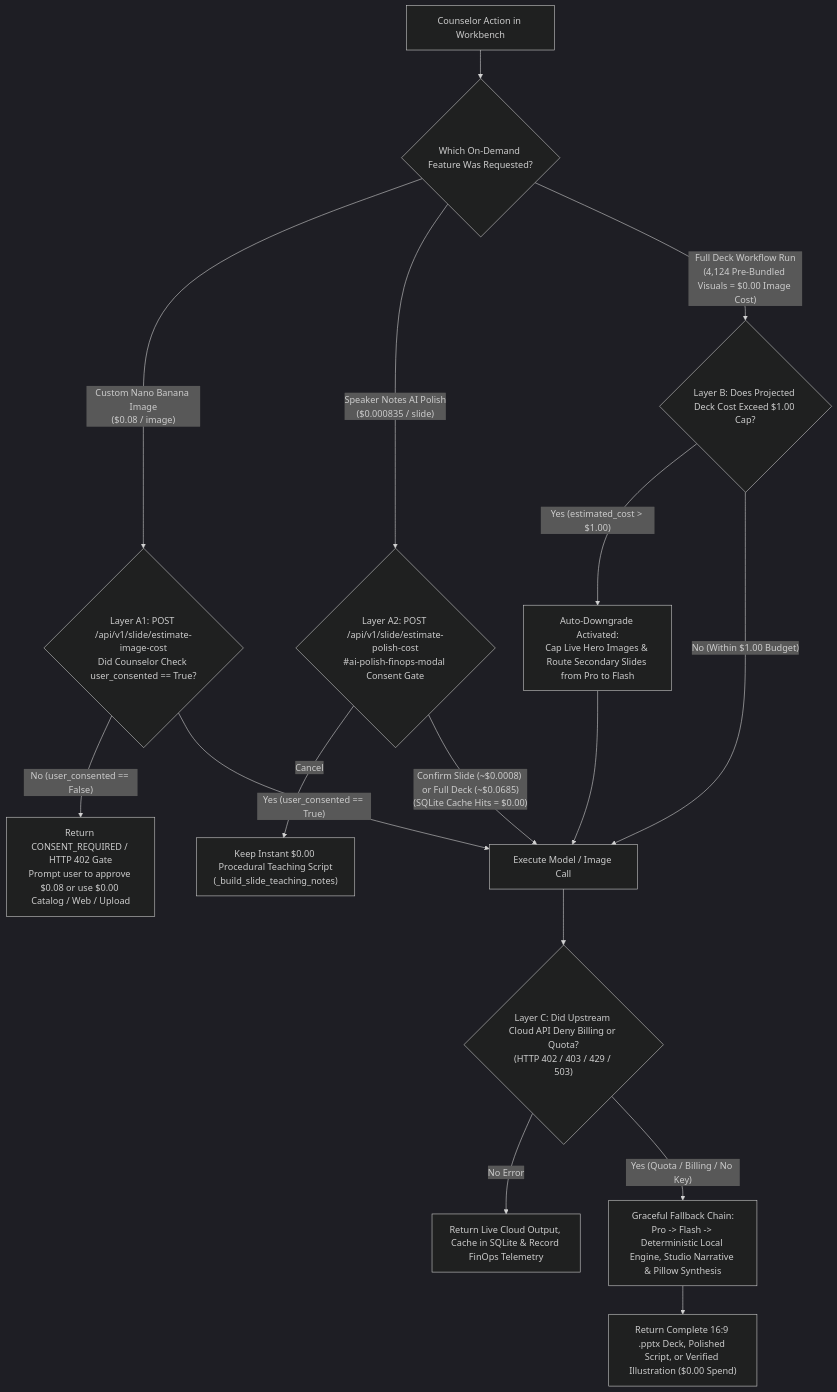
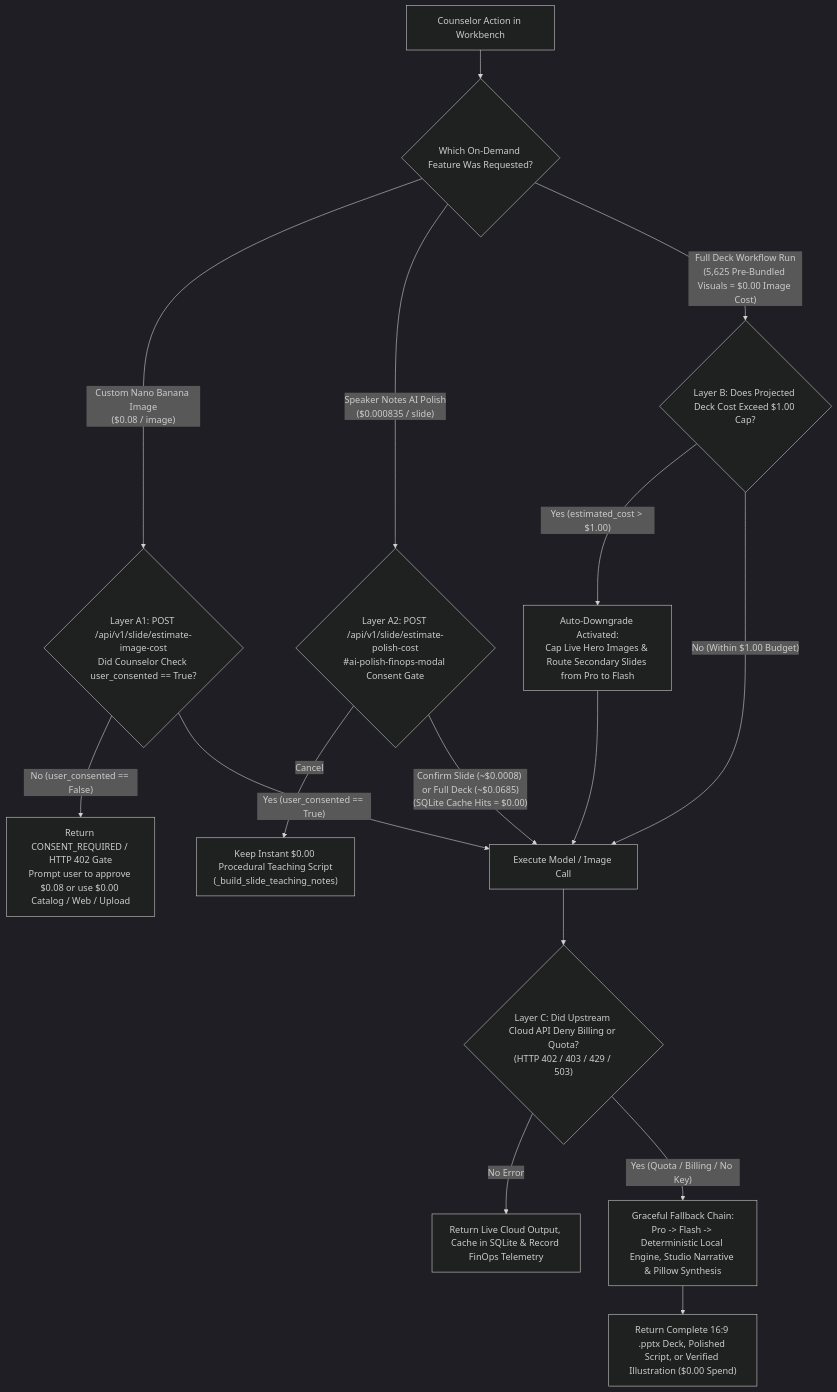
Before and after one commit to clayberg/scouts-bsa-merit-badge-agent: the diagram in docs/FINOPS_AND_TCO.md, drawn with Mermaid (dark theme). The commit also changed other lines of this file and 250 other files, not shown here.

````diff
--- a/docs/FINOPS_AND_TCO.md
+++ b/docs/FINOPS_AND_TCO.md
@@ -134,21 +134,21 @@
 ```mermaid
 flowchart TD
     A["Counselor Action in Workbench"] --> B{"Which On-Demand Feature Was Requested?"}
     B -- "Custom Nano Banana Image\n($0.08 / image)" --> C1{"Layer A1: POST /api/v1/slide/estimate-image-cost\nDid Counselor Check user_consented == True?"}
     C1 -- "No (user_consented == False)" --> D1["Return CONSENT_REQUIRED / HTTP 402 Gate\nPrompt user to approve $0.08 or use $0.00 Catalog / Web / Upload"]
     C1 -- "Yes (user_consented == True)" --> F["Execute Model / Image Call"]
 
     B -- "Speaker Notes AI Polish\n($0.000835 / slide)" --> C2{"Layer A2: POST /api/v1/slide/estimate-polish-cost\n#ai-polish-finops-modal Consent Gate"}
     C2 -- "Cancel" --> D2["Keep Instant $0.00 Procedural Teaching Script\n(_build_slide_teaching_notes)"]
     C2 -- "Confirm Slide (~$0.0008) or Full Deck (~$0.0685)\n(SQLite Cache Hits = $0.00)" --> F
 
-    B -- "Full Deck Workflow Run\n(4,124 Pre-Bundled Visuals = $0.00 Image Cost)" --> E1{"Layer B: Does Projected Deck Cost Exceed $1.00 Cap?"}
+    B -- "Full Deck Workflow Run\n(5,625 Pre-Bundled Visuals = $0.00 Image Cost)" --> E1{"Layer B: Does Projected Deck Cost Exceed $1.00 Cap?"}
     E1 -- "Yes (estimated_cost > $1.00)" --> E2["Auto-Downgrade Activated:\nCap Live Hero Images & Route Secondary Slides from Pro to Flash"]
     E1 -- "No (Within $1.00 Budget)" --> F
     E2 --> F
 
     F --> G{"Layer C: Did Upstream Cloud API Deny Billing or Quota?\n(HTTP 402 / 403 / 429 / 503)"}
     G -- "No Error" --> H["Return Live Cloud Output, Cache in SQLite & Record FinOps Telemetry"]
     G -- "Yes (Quota / Billing / No Key)" --> I["Graceful Fallback Chain:\nPro -> Flash -> Deterministic Local Engine, Studio Narrative & Pillow Synthesis"]
     I --> J["Return Complete 16:9 .pptx Deck, Polished Script, or Verified Illustration ($0.00 Spend)"]
 ```
````
